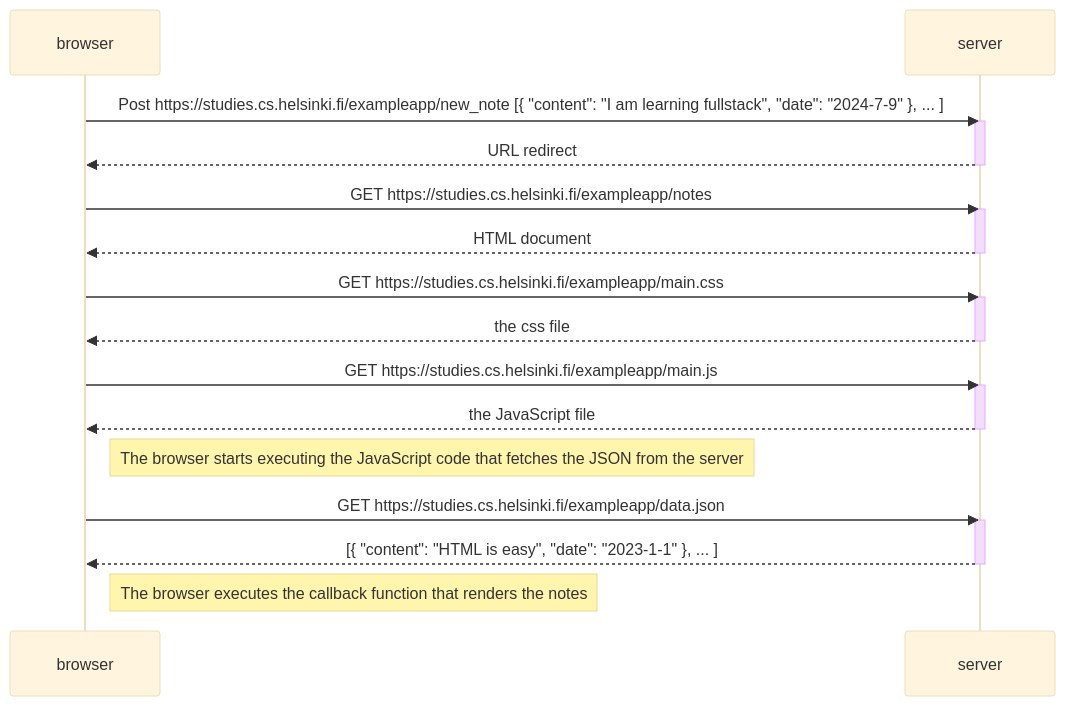
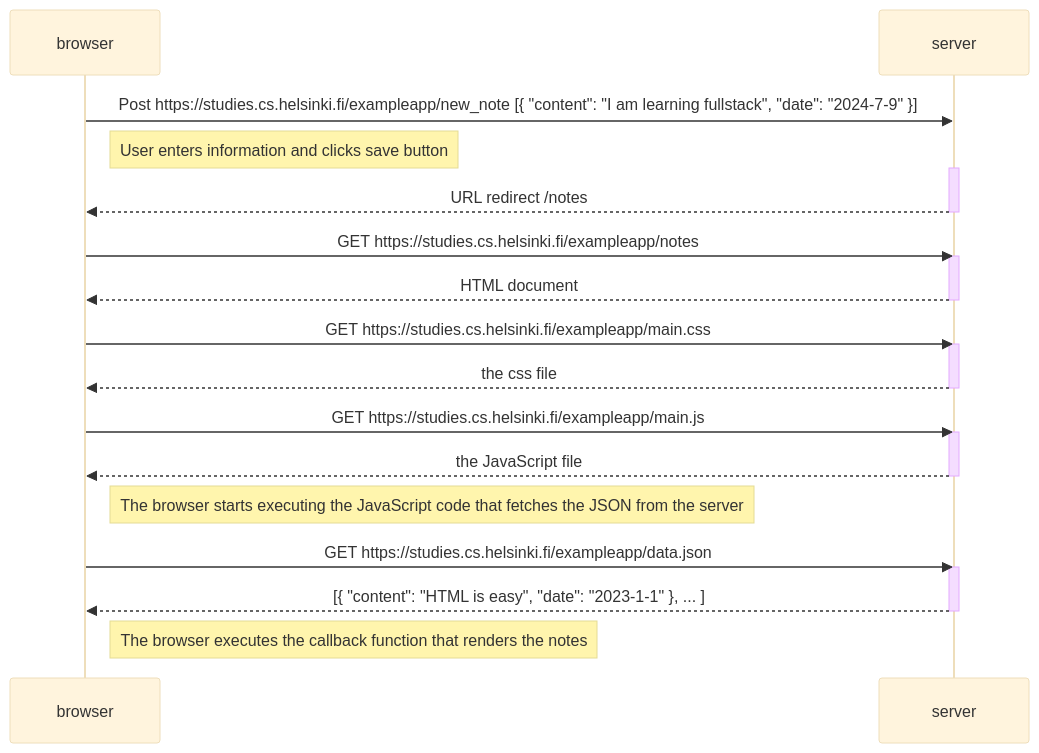
Before and after one commit to zhengshihan/openfullstack-part0: the diagram in Exercise0.4.md, drawn with Mermaid (base theme).

````diff
--- a/Exercise0.4.md
+++ b/Exercise0.4.md
@@ -1,34 +1,35 @@
 ```mermaid
 sequenceDiagram
     participant browser
     participant server
 
- browser->>server: Post https://studies.cs.helsinki.fi/exampleapp/new_note [{ "content": "I am learning fullstack", "date": "2024-7-9" }, ... ]
+ browser->>server: Post https://studies.cs.helsinki.fi/exampleapp/new_note [{ "content": "I am learning fullstack", "date": "2024-7-9" }]
+Note right of browser: User enters information and clicks save button
     activate server
-    server-->>browser: URL redirect
+    server-->>browser: URL redirect /notes
     deactivate server
 
     browser->>server: GET https://studies.cs.helsinki.fi/exampleapp/notes
     activate server
     server-->>browser: HTML document
     deactivate server
 
     browser->>server: GET https://studies.cs.helsinki.fi/exampleapp/main.css
     activate server
     server-->>browser: the css file
     deactivate server
 
     browser->>server: GET https://studies.cs.helsinki.fi/exampleapp/main.js
     activate server
     server-->>browser: the JavaScript file
     deactivate server
 
     Note right of browser: The browser starts executing the JavaScript code that fetches the JSON from the server
 
     browser->>server: GET https://studies.cs.helsinki.fi/exampleapp/data.json
     activate server
     server-->>browser: [{ "content": "HTML is easy", "date": "2023-1-1" }, ... ]
     deactivate server
 
     Note right of browser: The browser executes the callback function that renders the notes
 ```
````
